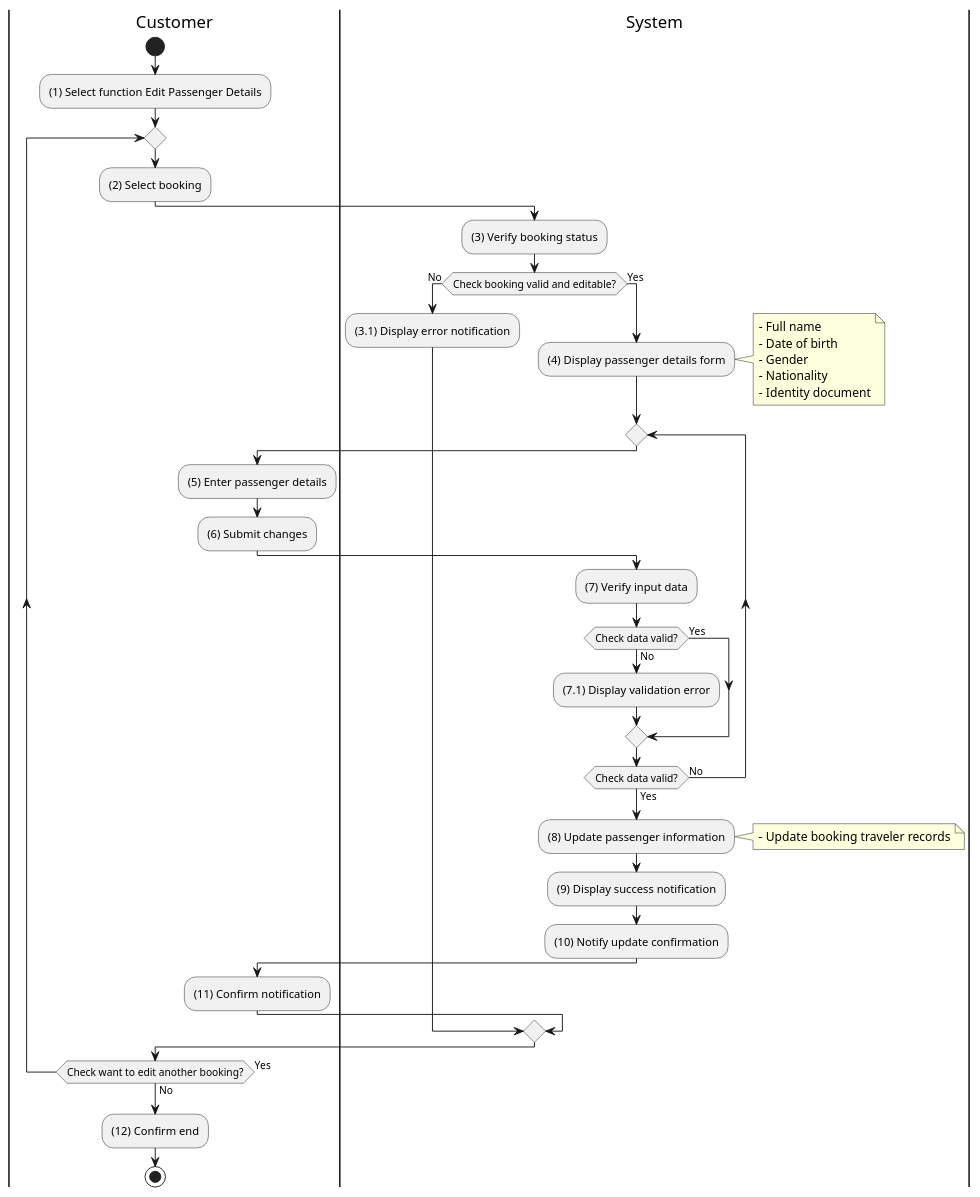
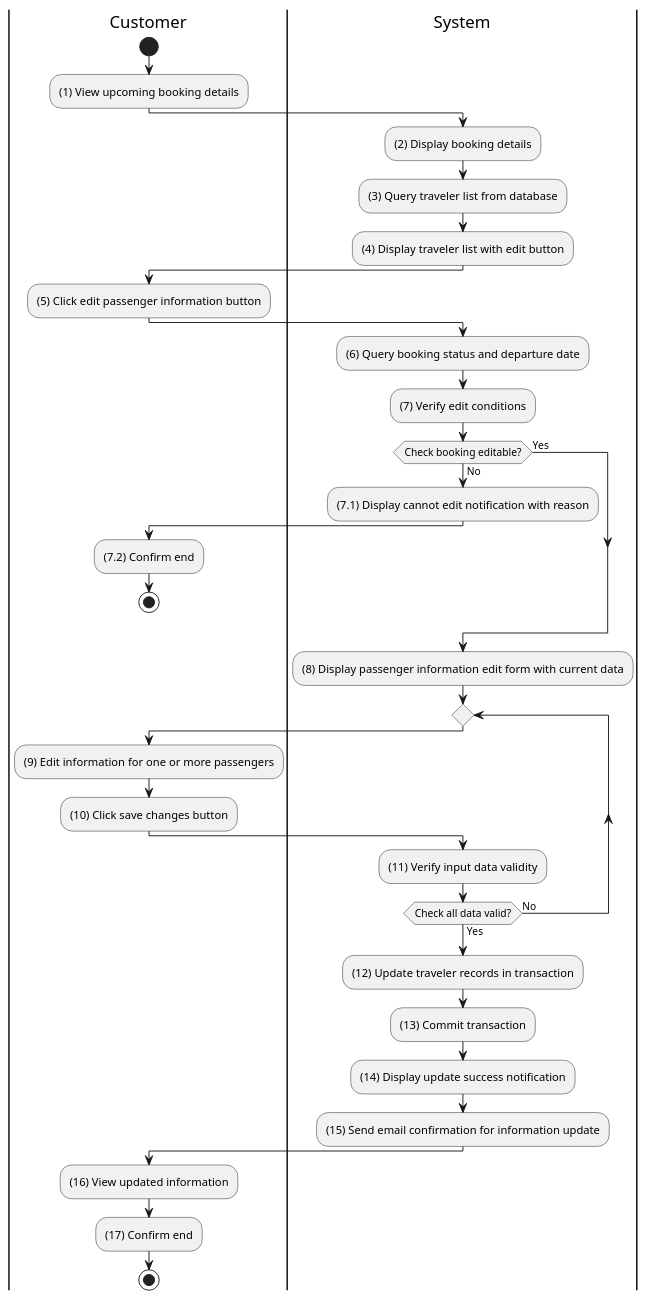
One commit to SE357-TMS/SE357-TMS.github.io changed the diagram in docs/docs/activity/manage-personal-booking/edit-upcoming-trip's-passenger-details.md. Above: the diagram before and after it, drawn with PlantUML. The commit also changed 18 other files, not shown here.

First line of the commit message:
feat: update activity diagrams and config for booking management

````diff
--- a/docs/docs/activity/manage-personal-booking/edit-upcoming-trip's-passenger-details.md
+++ b/docs/docs/activity/manage-personal-booking/edit-upcoming-trip's-passenger-details.md
@@ -3,61 +3,65 @@
 ```plantuml
 @startuml
 |C|Customer
 |S|System
 
 |C|
 start
 
-:(1) Select function Edit Passenger Details;
+:(1) View upcoming booking details;
+
+|S|
+:(2) Display booking details;
+
+:(3) Query traveler list from database;
+
+:(4) Display traveler list with edit button;
+
+|C|
+:(5) Click edit passenger information button;
+
+|S|
+:(6) Query booking status and departure date;
+
+:(7) Verify edit conditions;
+
+if (Check booking editable?) then (No)
+  :(7.1) Display cannot edit notification with reason;
+
+  |C|
+  :(7.2) Confirm end;
+
+  stop
+else (Yes)
+endif
+
+|S|
+:(8) Display passenger information edit form with current data;
 
 repeat
-  :(2) Select booking;
+  |C|
+  :(9) Edit information for one or more passengers;
+
+  :(10) Click save changes button;
 
   |S|
-  :(3) Verify booking status;
+  :(11) Verify input data validity;
+repeat while (Check all data valid?) is (No) not (Yes)
 
-  if (Check booking valid and editable?) then (No)
-    :(3.1) Display error notification;
-    |C|
-  else (Yes)
-    |S|
-    :(4) Display passenger details form;
-    note right
-      - Full name
-      - Date of birth
-      - Gender
-      - Nationality
-      - Identity document
-    end note
+:(12) Update traveler records in transaction;
 
-    repeat
-      |C|
-      :(5) Enter passenger details;
-      :(6) Submit changes;
+:(13) Commit transaction;
 
-      |S|
-      :(7) Verify input data;
-      if (Check data valid?) then (No)
-        :(7.1) Display validation error;
-      else (Yes)
-      endif
-    repeat while (Check data valid?) is (No) not (Yes)
+:(14) Display update success notification;
 
-    :(8) Update passenger information;
-    note right
-      - Update booking traveler records
-    end note
-    :(9) Display success notification;
-    :(10) Notify update confirmation;
+:(15) Send email confirmation for information update;
 
-    |C|
-    :(11) Confirm notification;
-  endif
-repeat while (Check want to edit another booking?) is (Yes) not (No)
+|C|
+:(16) View updated information;
 
-:(12) Confirm end;
+:(17) Confirm end;
 
 stop
 
 @enduml
 ```
````
